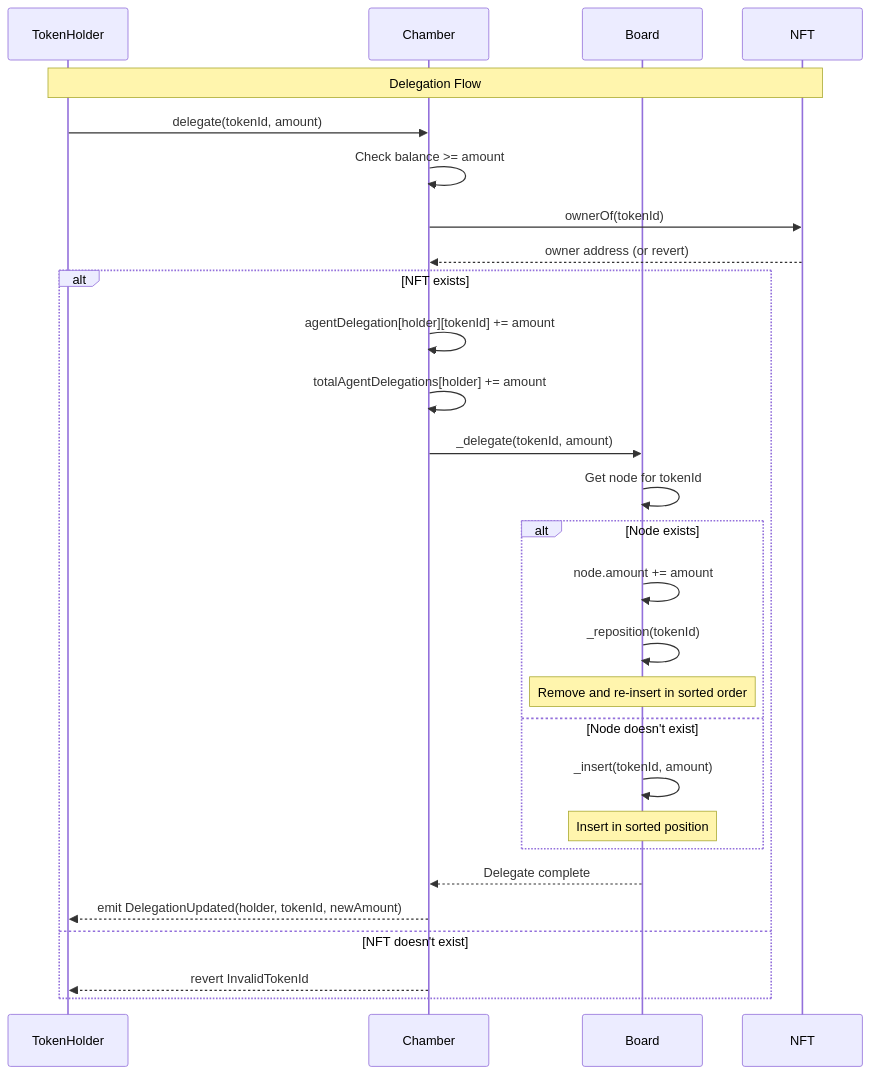
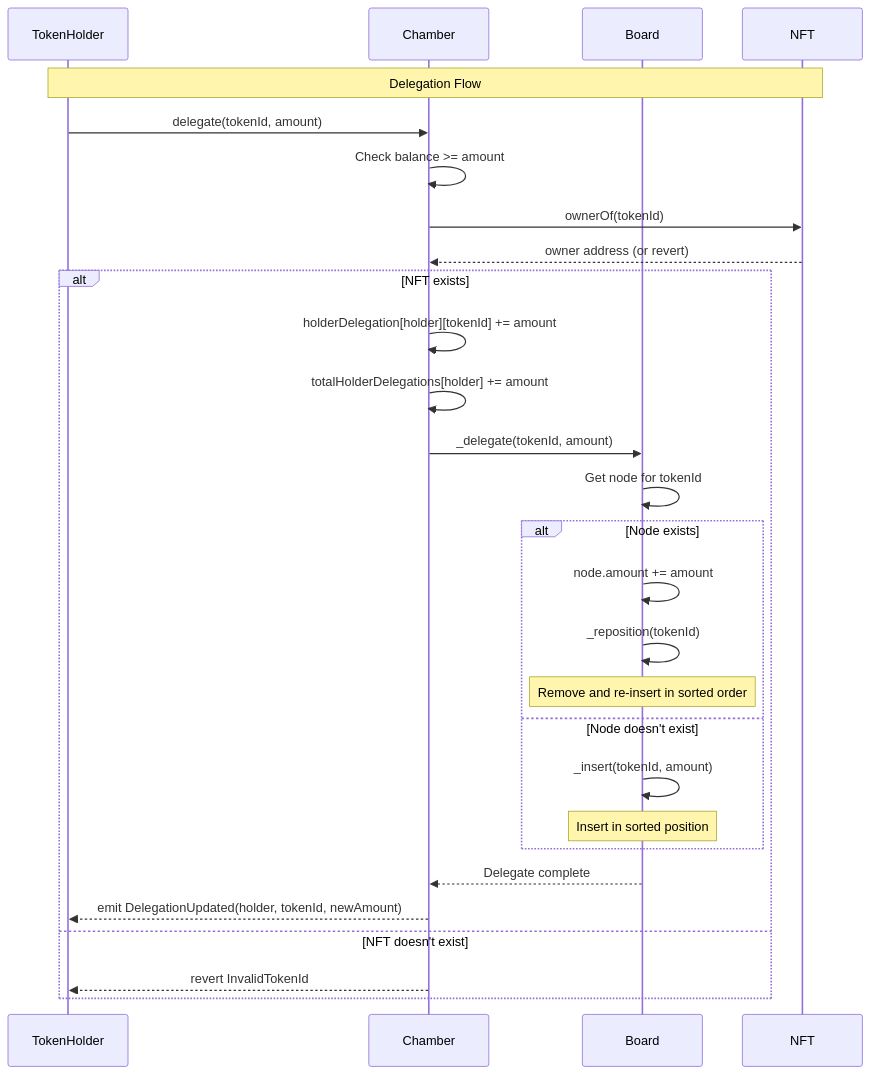
One commit to loreum-org/chamber changed the fifth of 11 diagrams in app/src/docs/reference/sequence-diagrams.md. Above: the diagram before and after it, drawn with Mermaid. The commit also changed other lines of this file and 14 other files, not shown here.

````diff
--- a/app/src/docs/reference/sequence-diagrams.md
+++ b/app/src/docs/reference/sequence-diagrams.md
@@ -275,38 +268,38 @@
 ```mermaid
 sequenceDiagram
     participant TokenHolder
     participant Chamber
     participant Board
     participant NFT
 
     Note over TokenHolder,NFT: Delegation Flow
 
     TokenHolder->>Chamber: delegate(tokenId, amount)
     
     Chamber->>Chamber: Check balance >= amount
     Chamber->>NFT: ownerOf(tokenId)
     NFT-->>Chamber: owner address (or revert)
     
     alt NFT exists
-        Chamber->>Chamber: agentDelegation[holder][tokenId] += amount
-        Chamber->>Chamber: totalAgentDelegations[holder] += amount
+        Chamber->>Chamber: holderDelegation[holder][tokenId] += amount
+        Chamber->>Chamber: totalHolderDelegations[holder] += amount
         
         Chamber->>Board: _delegate(tokenId, amount)
         
         Board->>Board: Get node for tokenId
         
         alt Node exists
             Board->>Board: node.amount += amount
             Board->>Board: _reposition(tokenId)
             Note over Board: Remove and re-insert in sorted order
         else Node doesn't exist
             Board->>Board: _insert(tokenId, amount)
             Note over Board: Insert in sorted position
         end
         
         Board-->>Chamber: Delegate complete
         Chamber-->>TokenHolder: emit DelegationUpdated(holder, tokenId, newAmount)
     else NFT doesn't exist
         Chamber-->>TokenHolder: revert InvalidTokenId
     end
 ```
````
